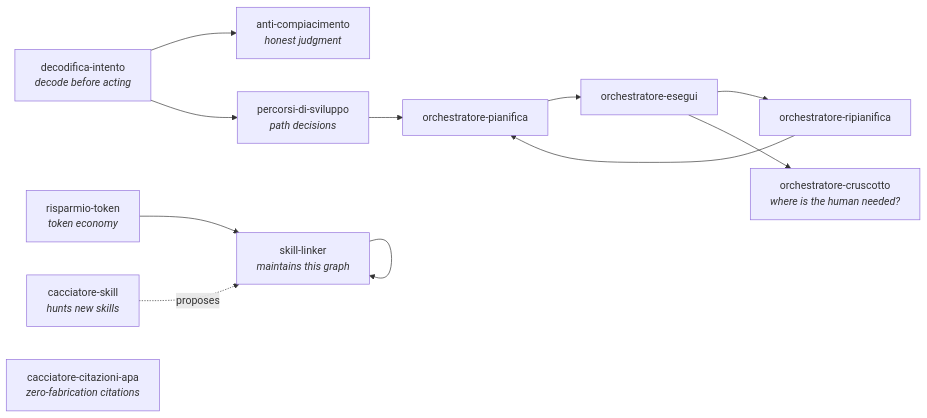
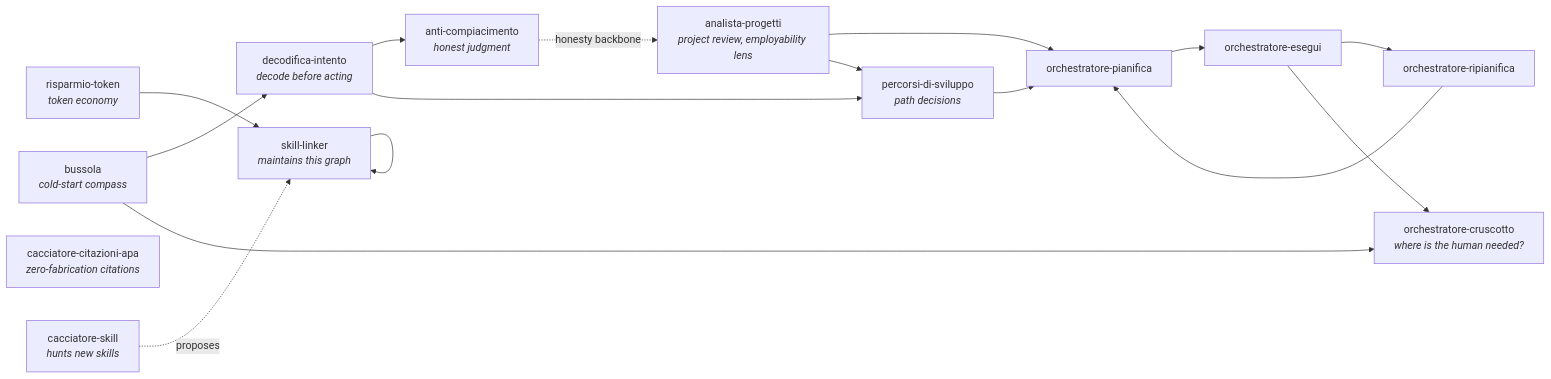
The diagram in README.md (NickAme03/claude-second-brain), drawn with Mermaid before and after one commit. The commit also changed other lines of this file and 5 other files, not shown here.

````diff
--- a/README.md
+++ b/README.md
@@ -19,14 +19,19 @@
 ```mermaid
 graph LR
     DI[decodifica-intento<br/><i>decode before acting</i>] --> AC[anti-compiacimento<br/><i>honest judgment</i>]
     DI --> PS[percorsi-di-sviluppo<br/><i>path decisions</i>]
     PS --> OP[orchestratore-pianifica]
     OP --> OE[orchestratore-esegui]
     OE --> OR[orchestratore-ripianifica]
     OR --> OP
     OE --> OC[orchestratore-cruscotto<br/><i>where is the human needed?</i>]
     RT[risparmio-token<br/><i>token economy</i>] --> SL[skill-linker<br/><i>maintains this graph</i>]
     SL --> SL
     CS[cacciatore-skill<br/><i>hunts new skills</i>] -.proposes.-> SL
     CC[cacciatore-citazioni-apa<br/><i>zero-fabrication citations</i>]
+    AP[analista-progetti<br/><i>project review, employability lens</i>] --> OP
+    AP --> PS
+    AC -.honesty backbone.-> AP
+    BU[bussola<br/><i>cold-start compass</i>] --> DI
+    BU --> OC
 ```
````
